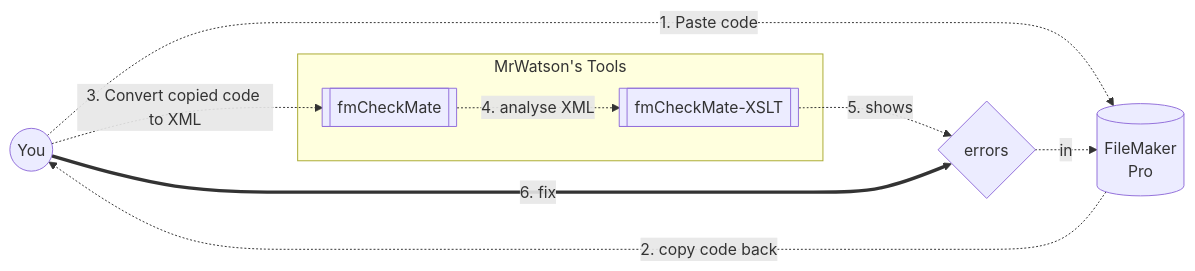
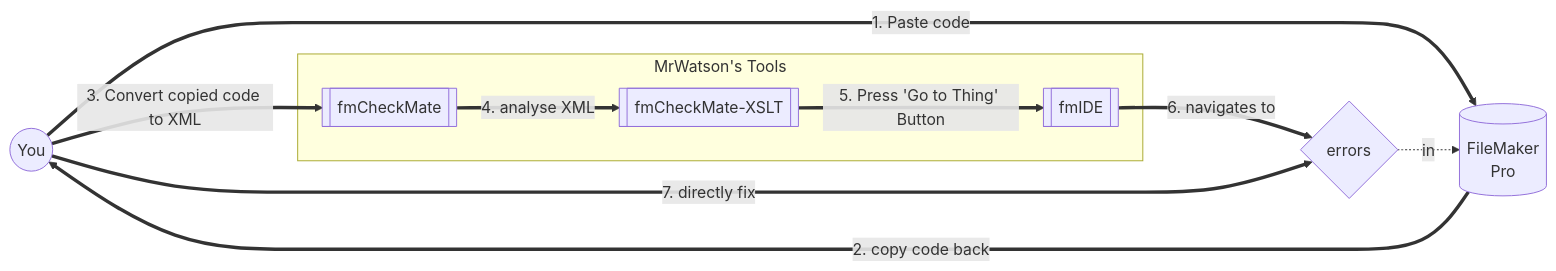
One commit to mrwatson-de/fmworkmate.github.io changed the fifth of 5 diagrams in did-that-just-break.md. Above: the diagram before and after it, drawn with Mermaid. The commit also changed other lines of this file, not shown here.

````diff
--- a/did-that-just-break.md
+++ b/did-that-just-break.md
@@ -261,26 +271,28 @@
     ```mermaid
     ---
     config:
     layout: elk
     ---
     flowchart LR
         You((You))
         FMP[("FileMaker
         Pro")]
         errors{"errors"}
 
-        You -. "1. Paste code"     .-> FMP
-        FMP -. "2. copy code back" .-> You
+        You == "1. Paste code"      ==> FMP
+        FMP == "2. copy code back"  ==> You
 
         subgraph mrwatsons-tools["MrWatson's Tools"]
             fmCM[["fmCheckMate"]]
             fmCMX[["fmCheckMate-XSLT"]]
+            fmIDE[["fmIDE"]]
         end
 
-        You    -. "3. Convert copied code to XML" .-> fmCM
-        fmCM   -. "4. analyse XML" .-> fmCMX
-        fmCMX  -. "5. shows"       .-> errors
-        errors -. "in"             .-> FMP
-        You    == "6. fix"         ==> errors
+        You    == "3. Convert copied code to XML"  ==> fmCM
+        fmCM   == "4. analyse XML"                 ==> fmCMX
+        fmCMX  == "5. Press 'Go to Thing' Button"  ==> fmIDE
+        fmIDE  == "6. navigates to"                ==> errors
+        errors -. "in"                             .-> FMP
+        You    == "7. directly fix"                ==> errors
 
     ```
````
